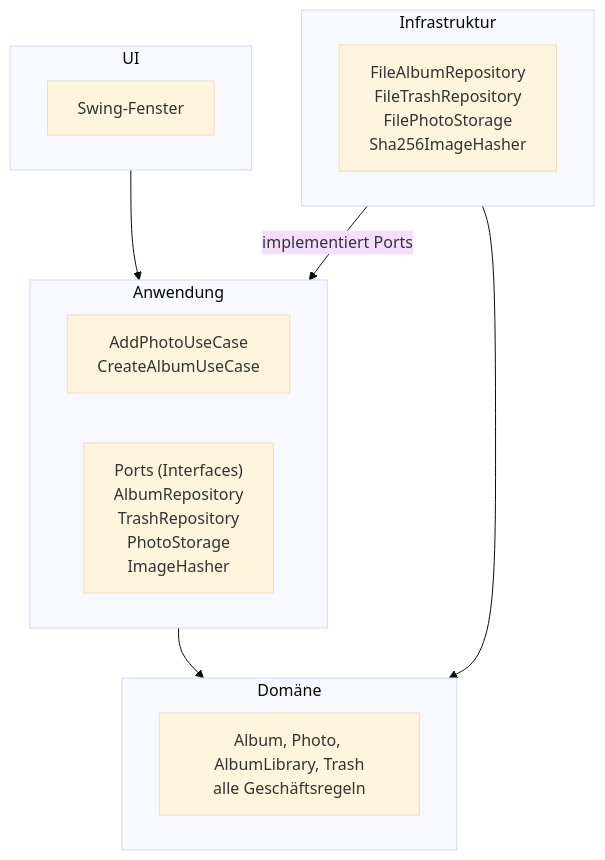
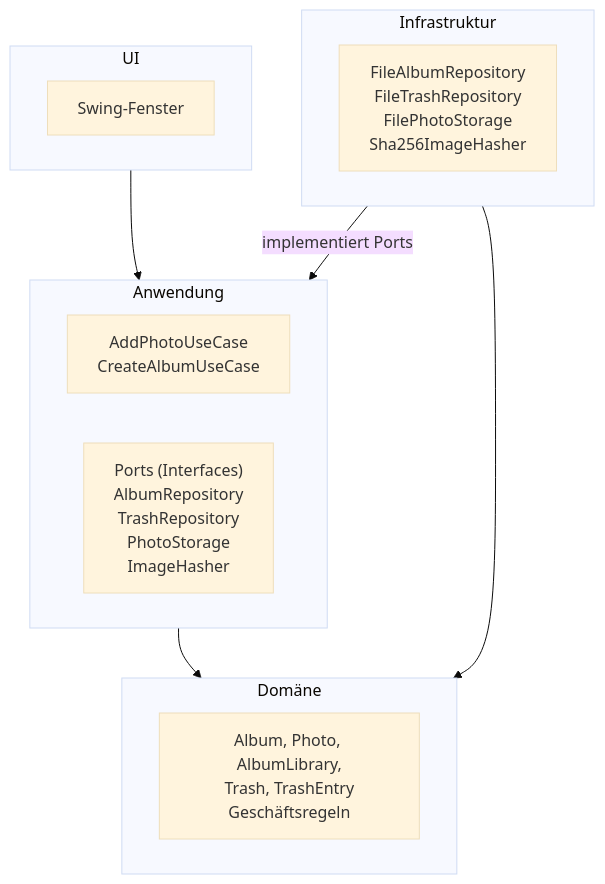
Before and after one commit to felix-henry/photo-album-projekt: the diagram in ARCHITECTURE.md, drawn with Mermaid (base theme). The commit also changed other lines of this file and 7 other files, not shown here.

Commit message:
docs(block-3): KI-Review einarbeiten und Sequenzdiagramm ergänzen (#25)

````diff
--- a/ARCHITECTURE.md
+++ b/ARCHITECTURE.md
@@ -7,20 +7,20 @@
 ```mermaid
 flowchart TB
     subgraph UI["UI"]
         ui["Swing-Fenster"]
     end
     subgraph INFRA["Infrastruktur"]
         infra["FileAlbumRepository<br/>FileTrashRepository<br/>FilePhotoStorage<br/>Sha256ImageHasher"]
     end
     subgraph APP["Anwendung"]
         uc["AddPhotoUseCase<br/>CreateAlbumUseCase"]
         ports["Ports (Interfaces)<br/>AlbumRepository<br/>TrashRepository<br/>PhotoStorage<br/>ImageHasher"]
     end
     subgraph DOM["Domäne"]
-        dom["Album, Photo, AlbumLibrary, Trash<br/>alle Geschäftsregeln"]
+        dom["Album, Photo, AlbumLibrary,<br/>Trash, TrashEntry<br/>Geschäftsregeln"]
     end
     UI --> APP
     INFRA -- implementiert Ports --> APP
     APP --> DOM
     INFRA --> DOM
 ```
````
